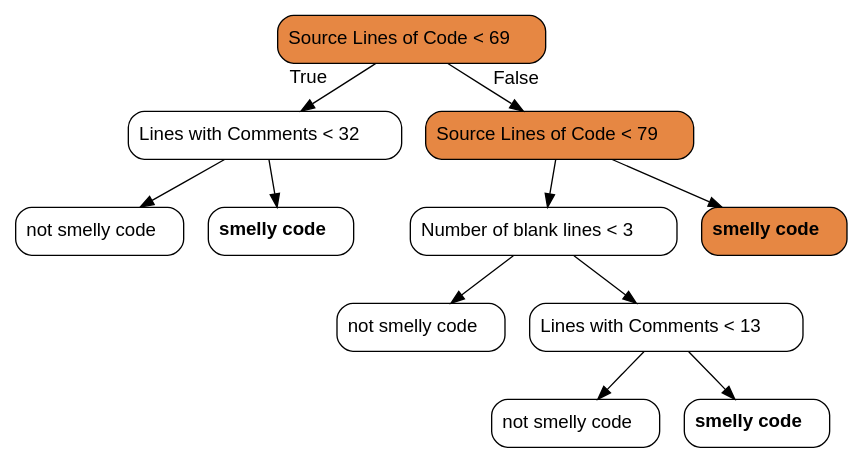
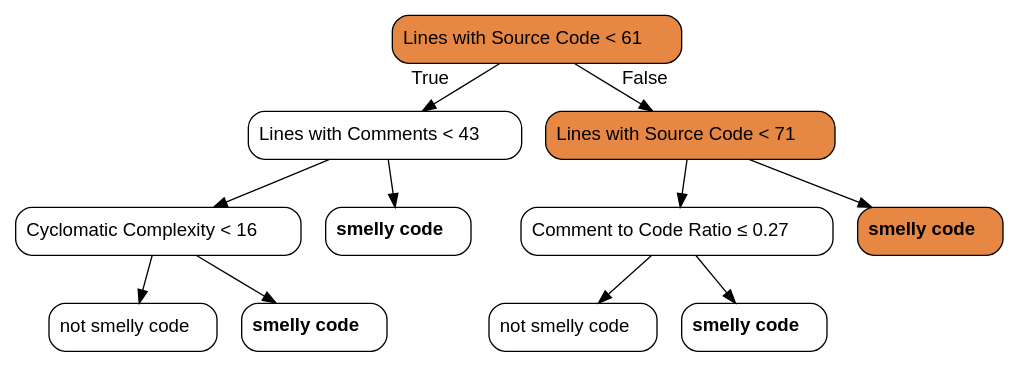
One commit to christianorossini/masterProject changed the diagram in artefatos/models/filtered-dt/lm.dot. Above: the diagram before and after it, drawn with Graphviz. The commit also changed 9 other files, not shown here.

```diff
--- a/artefatos/models/filtered-dt/lm.dot
+++ b/artefatos/models/filtered-dt/lm.dot
@@ -1,25 +1,25 @@
 digraph Tree {
 node [color="black", fontname=helvetica, shape=box,  style="filled, rounded", fillcolor="#FFFFFF"];
 edge [fontname=helvetica];
-0 [label=<Source Lines of Code &lt; 69>, fillcolor="#e68743"];
-1 [label=<Lines with Comments &lt; 32>];
+0 [label=<Lines with Source Code &lt; 61>, fillcolor="#e68743"];
+1 [label=<Lines with Comments &lt; 43>];
 0 -> 1  [headlabel="True", labelangle=45, labeldistance="2.5"];
-3 [label=<not smelly code>];
+3 [label=<Cyclomatic Complexity &lt; 16>];
 1 -> 3;
+9 [label=<not smelly code>];
+3 -> 9;
+10 [label=<<b>smelly code</b>>];
+3 -> 10;
 4 [label=<<b>smelly code</b>>];
 1 -> 4;
-2 [label=<Source Lines of Code &lt; 79>, fillcolor="#e68743"];
+2 [label=<Lines with Source Code &lt; 71>, fillcolor="#e68743"];
 0 -> 2  [headlabel="False", labelangle="-45", labeldistance="2.5"];
-5 [label=<Number of blank lines &lt; 3>];
+5 [label=<Comment to Code Ratio &le; 0.27>];
 2 -> 5;
 7 [label=<not smelly code>];
 5 -> 7;
-8 [label=<Lines with Comments &lt; 13>];
+8 [label=<<b>smelly code</b>>];
 5 -> 8;
-9 [label=<not smelly code>];
-8 -> 9;
-10 [label=<<b>smelly code</b>>];
-8 -> 10;
 6 [label=<<b>smelly code</b>>, fillcolor="#e68743"];
 2 -> 6;
 }
```
